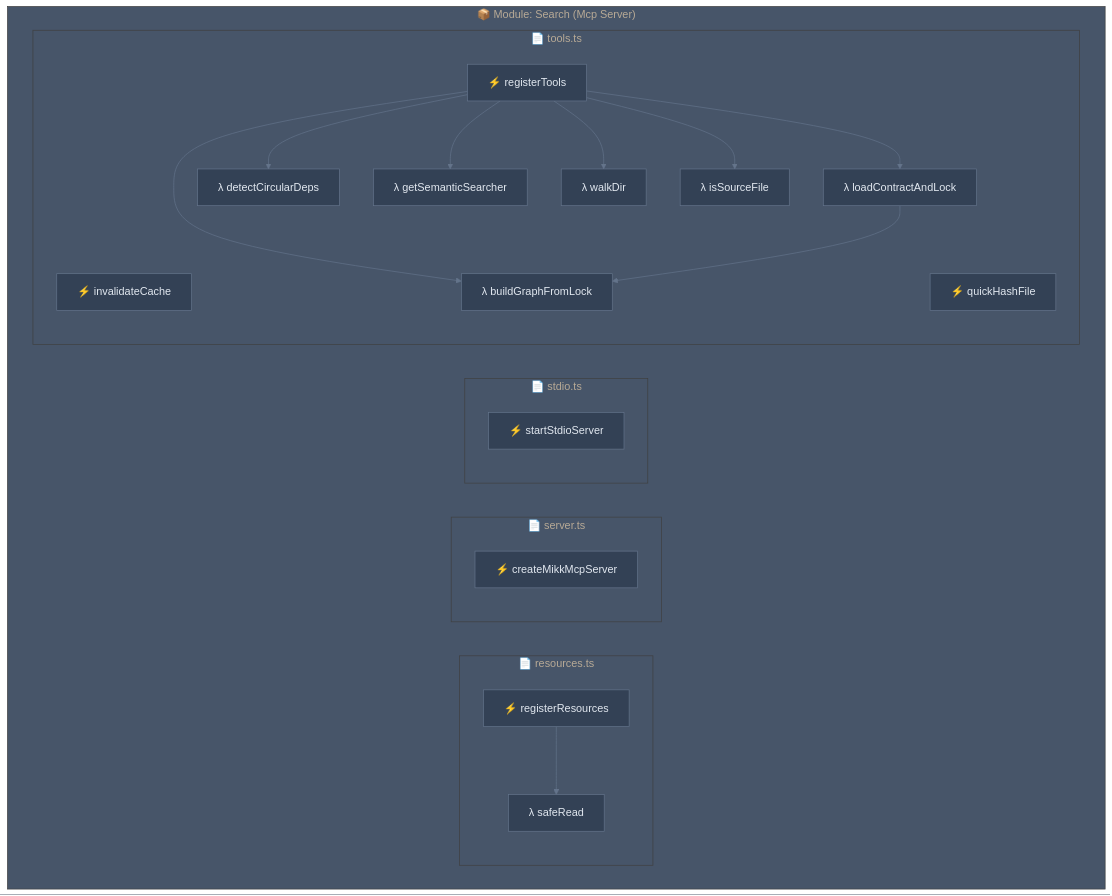
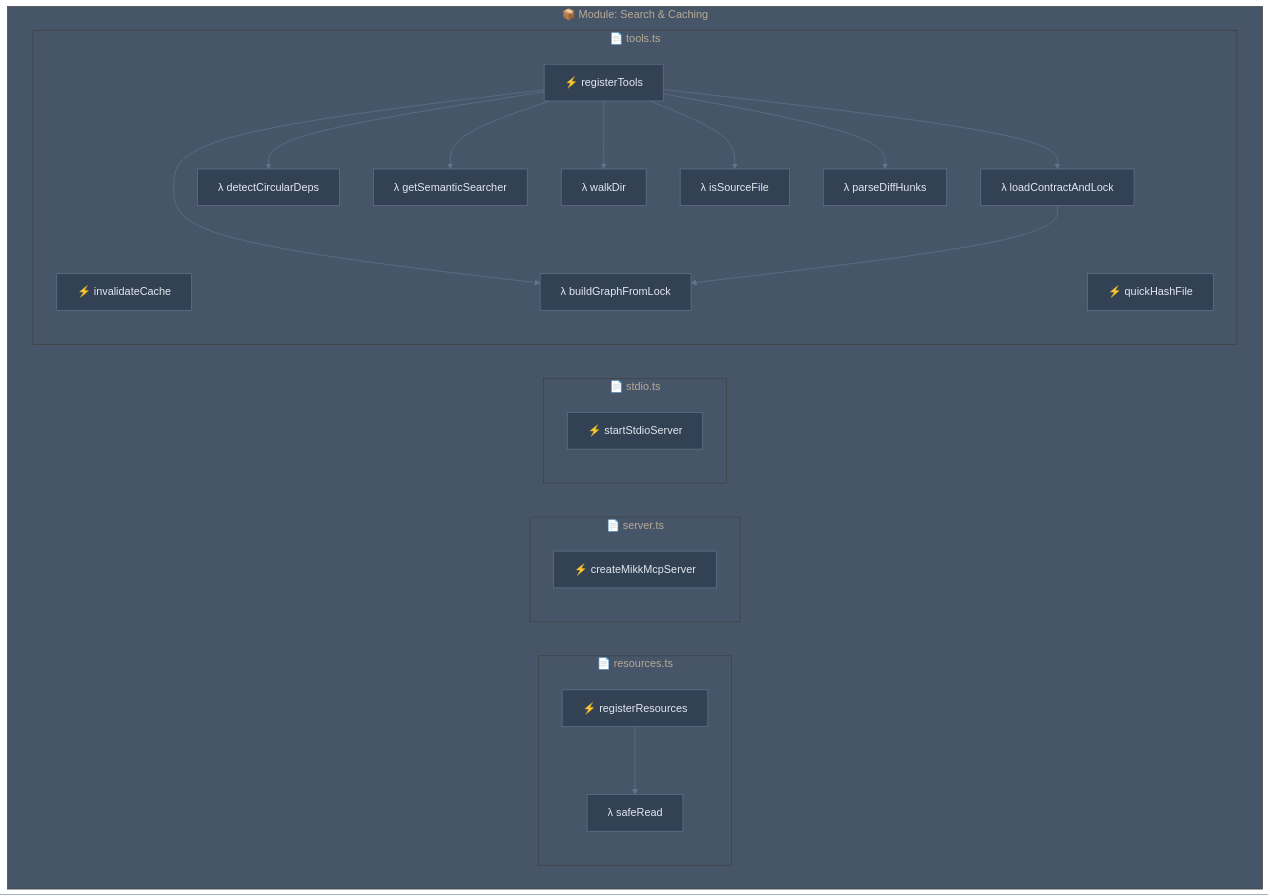
Before and after one commit to Ansh-dhanani/mikk: the diagram in .mikk/diagrams/modules/packages-mcp-server.mmd, drawn with Mermaid. The commit also changed 93 other files, not shown here.

Commit message:
feat: Introduce core parsing, contract, CLI, watcher, MCP server, AI context, intent engine, diagram generation, and web app components.

```diff
--- a/.mikk/diagrams/modules/packages-mcp-server.mmd
+++ b/.mikk/diagrams/modules/packages-mcp-server.mmd
@@ -1,37 +1,39 @@
 %%{init: {"theme": "base", "themeVariables": {"primaryColor": "#1e293b", "primaryTextColor": "#e2e8f0", "lineColor": "#64748b", "secondaryColor": "#334155", "tertiaryColor": "#475569", "background": "#0f172a", "mainBkg": "#1e293b", "nodeBorder": "#475569"}}}%%
 graph TD
-    subgraph mod_packages_mcp_server["📦 Module: Search (Mcp Server)"]
+    subgraph mod_packages_mcp_server["📦 Module: Search & Caching"]
         subgraph file_packages_mcp_server_src_resources_ts["📄 resources.ts"]
             fn_packages_mcp_server_src_resources_ts_registerResources["⚡ registerResources"]
             fn_packages_mcp_server_src_resources_ts_safeRead["λ safeRead"]
         end
         subgraph file_packages_mcp_server_src_server_ts["📄 server.ts"]
             fn_packages_mcp_server_src_server_ts_createMikkMcpServer["⚡ createMikkMcpServer"]
         end
         subgraph file_packages_mcp_server_src_stdio_ts["📄 stdio.ts"]
             fn_packages_mcp_server_src_stdio_ts_startStdioServer["⚡ startStdioServer"]
         end
         subgraph file_packages_mcp_server_src_tools_ts["📄 tools.ts"]
             fn_packages_mcp_server_src_tools_ts_invalidateCache["⚡ invalidateCache"]
             fn_packages_mcp_server_src_tools_ts_getSemanticSearcher["λ getSemanticSearcher"]
             fn_packages_mcp_server_src_tools_ts_quickHashFile["⚡ quickHashFile"]
             fn_packages_mcp_server_src_tools_ts_registerTools["⚡ registerTools"]
             fn_packages_mcp_server_src_tools_ts_loadContractAndLock["λ loadContractAndLock"]
             fn_packages_mcp_server_src_tools_ts_buildGraphFromLock["λ buildGraphFromLock"]
             fn_packages_mcp_server_src_tools_ts_detectCircularDeps["λ detectCircularDeps"]
             fn_packages_mcp_server_src_tools_ts_walkDir["λ walkDir"]
             fn_packages_mcp_server_src_tools_ts_isSourceFile["λ isSourceFile"]
+            fn_packages_mcp_server_src_tools_ts_parseDiffHunks["λ parseDiffHunks"]
         end
     end
 
     fn_packages_mcp_server_src_resources_ts_registerResources --> fn_packages_mcp_server_src_resources_ts_safeRead
     fn_packages_mcp_server_src_tools_ts_registerTools --> fn_packages_mcp_server_src_tools_ts_loadContractAndLock
     fn_packages_mcp_server_src_tools_ts_registerTools --> fn_packages_mcp_server_src_tools_ts_buildGraphFromLock
     fn_packages_mcp_server_src_tools_ts_registerTools --> fn_packages_mcp_server_src_tools_ts_detectCircularDeps
     fn_packages_mcp_server_src_tools_ts_registerTools --> fn_packages_mcp_server_src_tools_ts_getSemanticSearcher
     fn_packages_mcp_server_src_tools_ts_registerTools --> fn_packages_mcp_server_src_tools_ts_walkDir
     fn_packages_mcp_server_src_tools_ts_registerTools --> fn_packages_mcp_server_src_tools_ts_isSourceFile
+    fn_packages_mcp_server_src_tools_ts_registerTools --> fn_packages_mcp_server_src_tools_ts_parseDiffHunks
     fn_packages_mcp_server_src_tools_ts_loadContractAndLock --> fn_packages_mcp_server_src_tools_ts_buildGraphFromLock
 
     classDef default fill:#334155,stroke:#64748b,color:#e2e8f0,stroke-width:1px
     classDef external fill:#1e293b,stroke:#475569,color:#94a3b8,stroke-dasharray: 5 5
```
